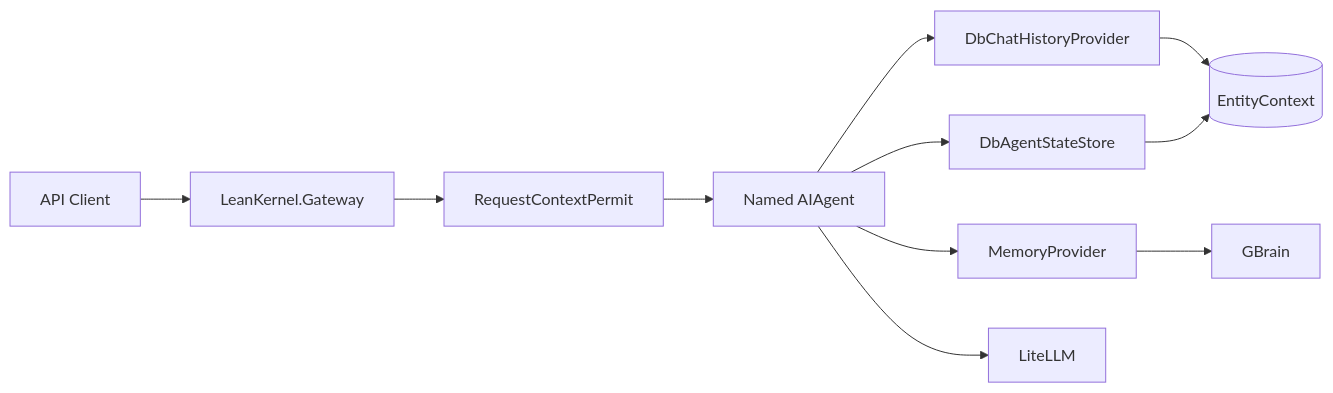
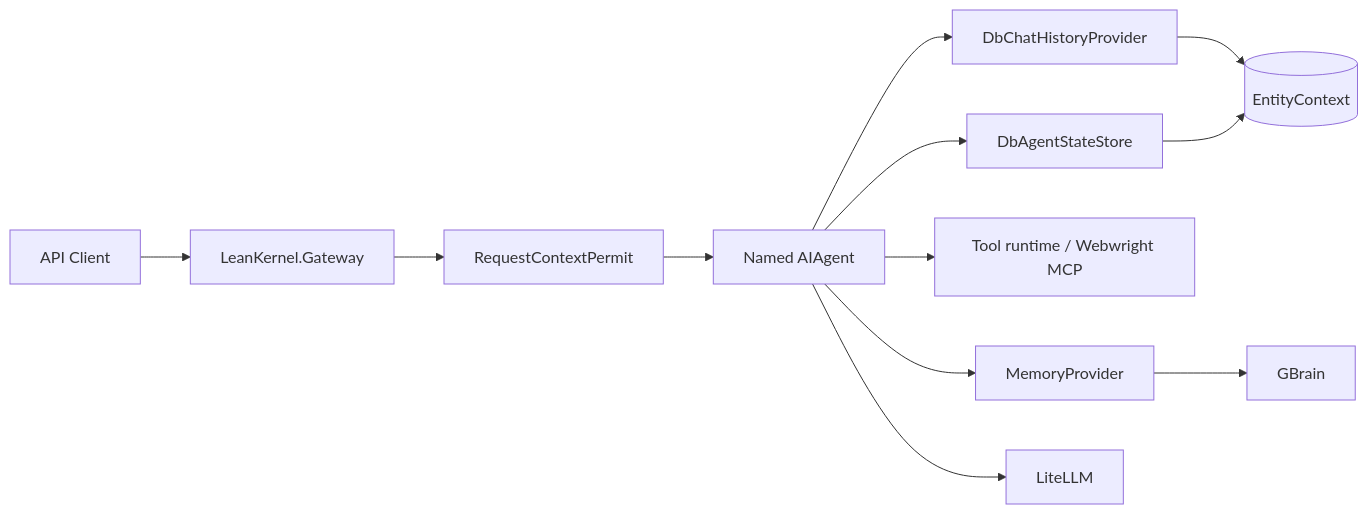
One commit to achingono/leankernel changed the diagram in docs/architecture/index.md. Above: the diagram before and after it, drawn with Mermaid. The commit also changed 32 other files, not shown here.

Commit message:
feat: ship Webwright MCP service stack

````diff
--- a/docs/architecture/index.md
+++ b/docs/architecture/index.md
@@ -16,13 +16,14 @@
 ```mermaid
 flowchart LR
     Client[API Client] --> Gateway[LeanKernel.Gateway]
     Gateway --> Permit[RequestContextPermit]
     Permit --> Agent[Named AIAgent]
     Agent --> History[DbChatHistoryProvider]
     Agent --> Context[MemoryProvider]
+    Agent --> Tools[Tool runtime / Webwright MCP]
     Agent --> SessionStore[DbAgentStateStore]
     History --> Db[(EntityContext)]
     SessionStore --> Db
     Context --> GBrain[GBrain]
     Agent --> LiteLLM[LiteLLM]
 ```
````
